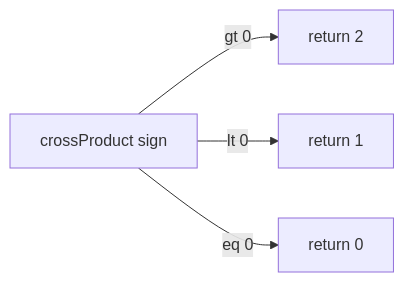
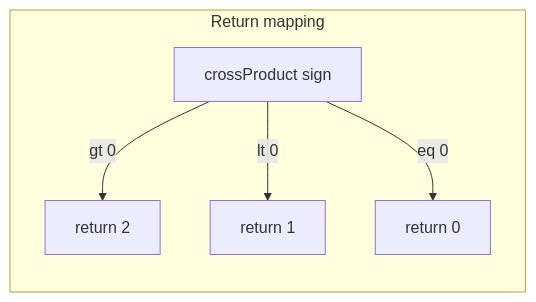
The second of 5 diagrams in docs/math/orientation.md (Gh0st352/AETHR), drawn with Mermaid before and after one commit. The commit also changed other lines of this file and 5 other files, not shown here.

First line of the commit message:
docs: normalize headings and enhance Mermaid diagrams in math README

````diff
--- a/docs/math/orientation.md
+++ b/docs/math/orientation.md
@@ -35,6 +45,15 @@
 ```mermaid
+%% shared theme: docs/_mermaid/theme.json %%
 flowchart LR
-  DET[crossProduct sign] -->|gt 0| OUT2[return 2]
-  DET -->|lt 0| OUT1[return 1]
-  DET -->|eq 0| OUT0[return 0]
+  subgraph "Return mapping"
+    DET[crossProduct sign]
+    OUT2[return 2]
+    OUT1[return 1]
+    OUT0[return 0]
+  end
+  DET -->|gt 0| OUT2
+  DET -->|lt 0| OUT1
+  DET -->|eq 0| OUT0
+  class DET class_compute;
+  class OUT2,OUT1,OUT0 class_result;
 ```
````
